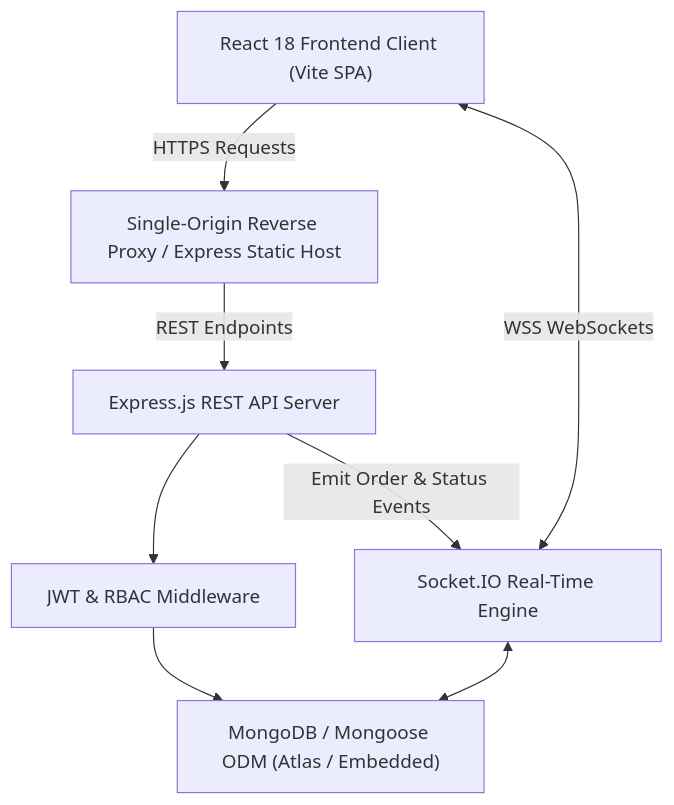
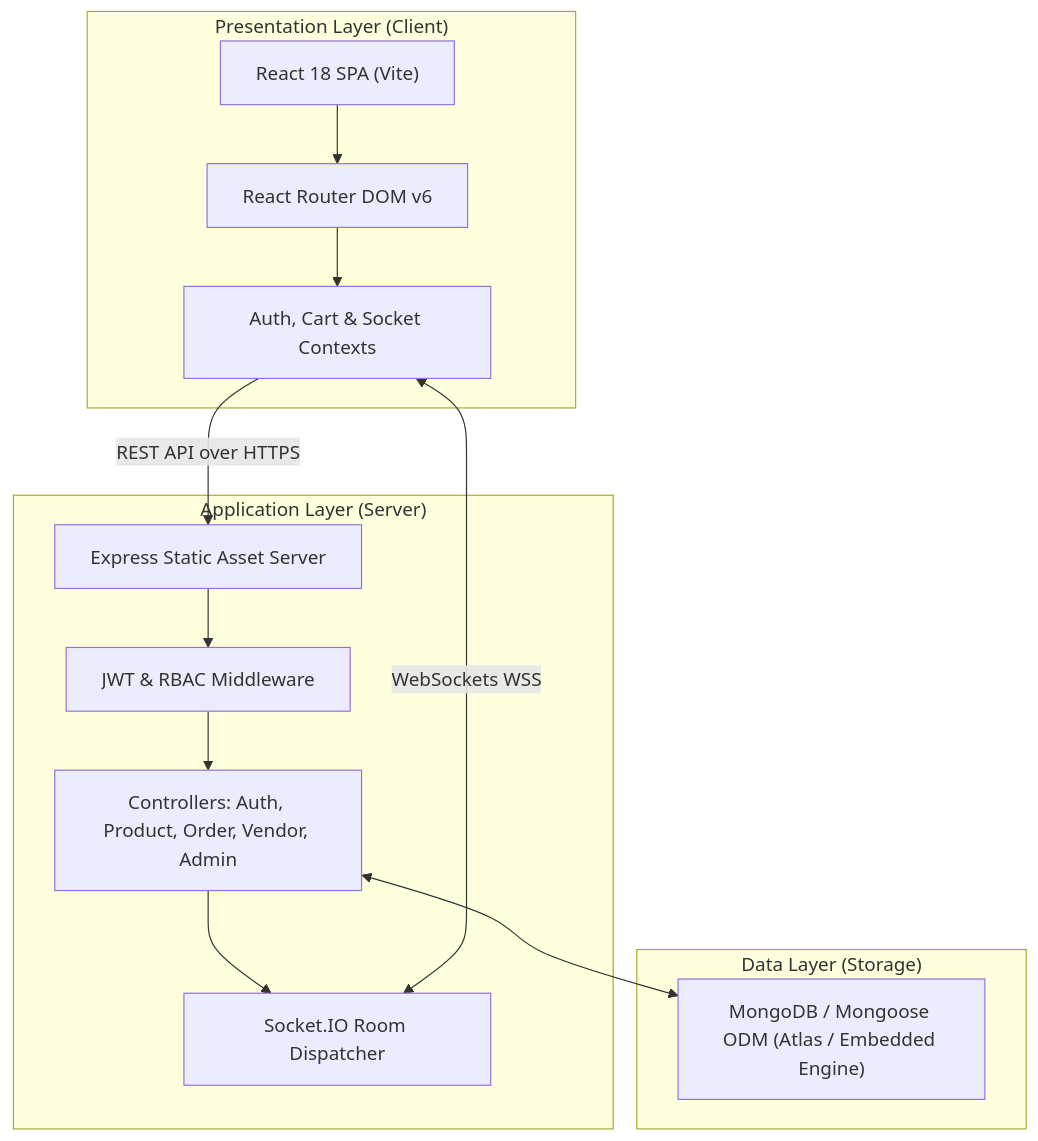
Before and after one commit to Meghana-3330/ShopVerse-Marketplace: the first of 2 diagrams in PROJECT_REPORT.md, drawn with Mermaid. The commit also changed other lines of this file, not shown here.

````diff
--- a/PROJECT_REPORT.md
+++ b/PROJECT_REPORT.md
@@ -66,17 +88,28 @@
 ```mermaid
 graph TD
-    Client["React 18 Frontend Client (Vite SPA)"]
-    Proxy["Single-Origin Reverse Proxy / Express Static Host"]
-    API["Express.js REST API Server"]
-    Socket["Socket.IO Real-Time Engine"]
-    Auth["JWT & RBAC Middleware"]
-    DB["MongoDB / Mongoose ODM (Atlas / Embedded)"]
+    subgraph Presentation_Layer["Presentation Layer (Client)"]
+        UI["React 18 SPA (Vite)"]
+        Router["React Router DOM v6"]
+        Context["Auth, Cart & Socket Contexts"]
+        UI --> Router
+        Router --> Context
+    end
 
-    Client -->|HTTPS Requests| Proxy
-    Client <-->|WSS WebSockets| Socket
-    Proxy -->|REST Endpoints| API
-    API --> Auth
-    Auth --> DB
-    Socket <--> DB
-    API -->|Emit Order & Status Events| Socket
+    subgraph Application_Layer["Application Layer (Server)"]
+        Proxy["Express Static Asset Server"]
+        AuthMW["JWT & RBAC Middleware"]
+        Controllers["Controllers: Auth, Product, Order, Vendor, Admin"]
+        SocketEngine["Socket.IO Room Dispatcher"]
+        Proxy --> AuthMW
+        AuthMW --> Controllers
+        Controllers --> SocketEngine
+    end
+
+    subgraph Data_Layer["Data Layer (Storage)"]
+        Mongo["MongoDB / Mongoose ODM (Atlas / Embedded Engine)"]
+        Controllers <--> Mongo
+    end
+
+    Context -->|REST API over HTTPS| Proxy
+    Context <-->|WebSockets WSS| SocketEngine
 ```
````
